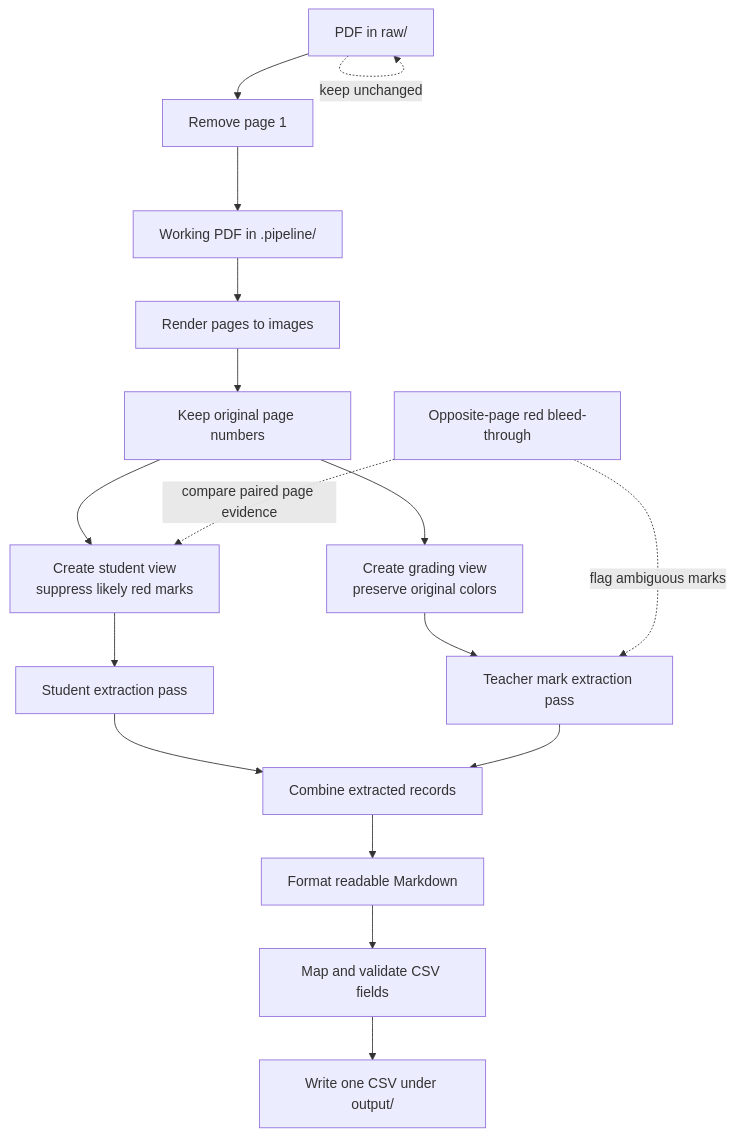
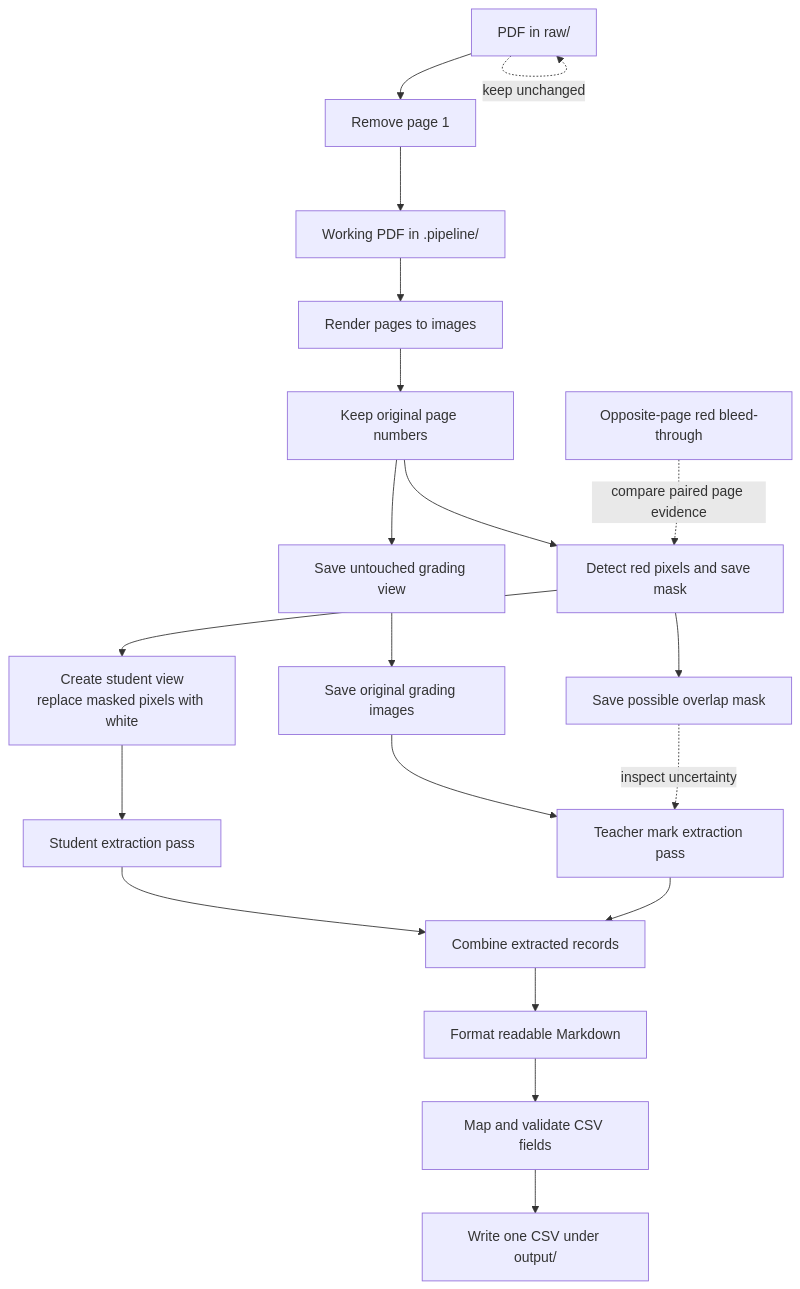
The diagram in docs/pipeline-flow.md (PrameKung/capstone-pipeline-pdf-to-dataset), drawn with Mermaid before and after one commit. The commit also changed other lines of this file and 7 other files, not shown here.

````diff
--- a/docs/pipeline-flow.md
+++ b/docs/pipeline-flow.md
@@ -5,21 +5,24 @@
 ```mermaid
 flowchart TD
     A[PDF in raw/] --> B[Remove page 1]
     A -. keep unchanged .-> A
     B --> C[Working PDF in .pipeline/]
     C --> D[Render pages to images]
     D --> E[Keep original page numbers]
-    E --> F[Create student view<br/>suppress likely red marks]
-    E --> G[Create grading view<br/>preserve original colors]
+    E --> F[Save untouched grading view]
+    E --> G[Detect red pixels and save mask]
+    F --> H[Save original grading images]
+    G --> I[Create student view<br/>replace masked pixels with white]
+    G --> J[Save possible overlap mask]
 
-    F --> H[Student extraction pass]
-    G --> I[Teacher mark extraction pass]
-    H --> J[Combine extracted records]
-    I --> J
-    J --> K[Format readable Markdown]
-    K --> L[Map and validate CSV fields]
-    L --> M[Write one CSV under output/]
+    I --> K[Student extraction pass]
+    H --> L[Teacher mark extraction pass]
+    K --> M[Combine extracted records]
+    L --> M
+    M --> N[Format readable Markdown]
+    N --> O[Map and validate CSV fields]
+    O --> P[Write one CSV under output/]
 
-    N[Opposite-page red bleed-through] -. compare paired page evidence .-> F
-    N -. flag ambiguous marks .-> I
+    Q[Opposite-page red bleed-through] -. compare paired page evidence .-> G
+    J -. inspect uncertainty .-> L
 ```
````
